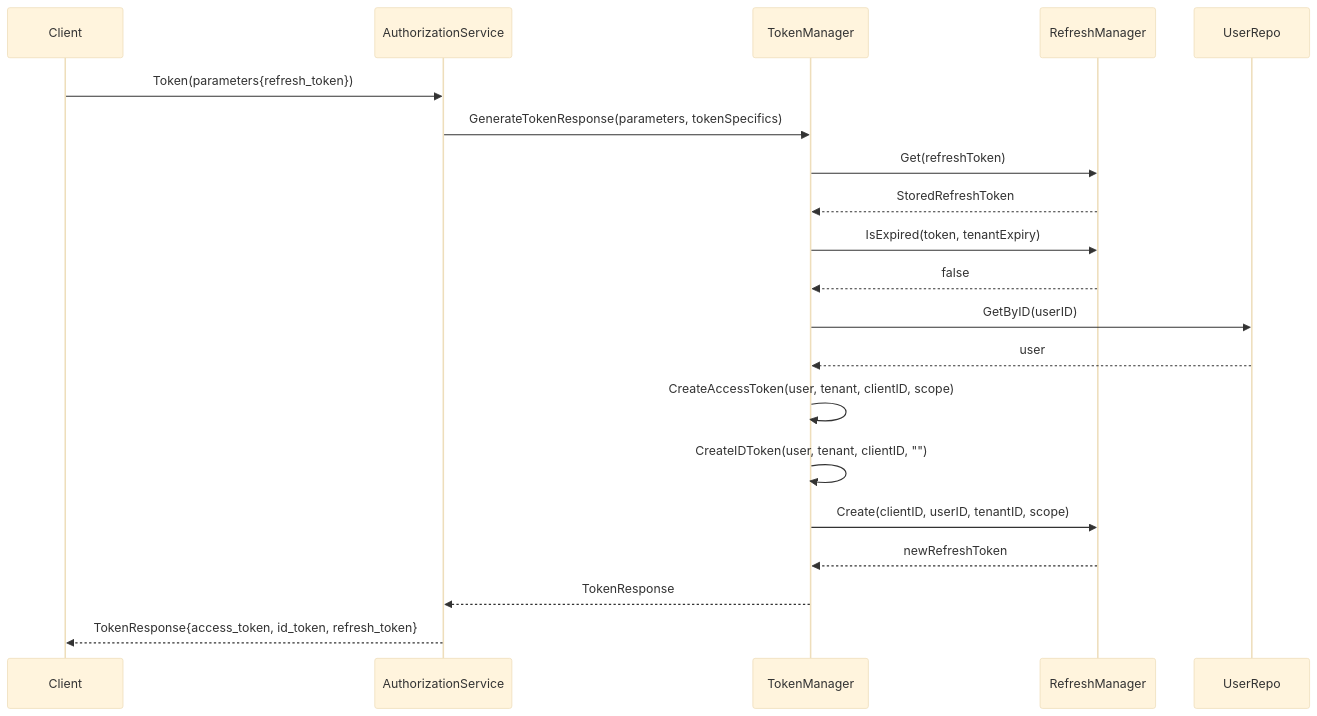
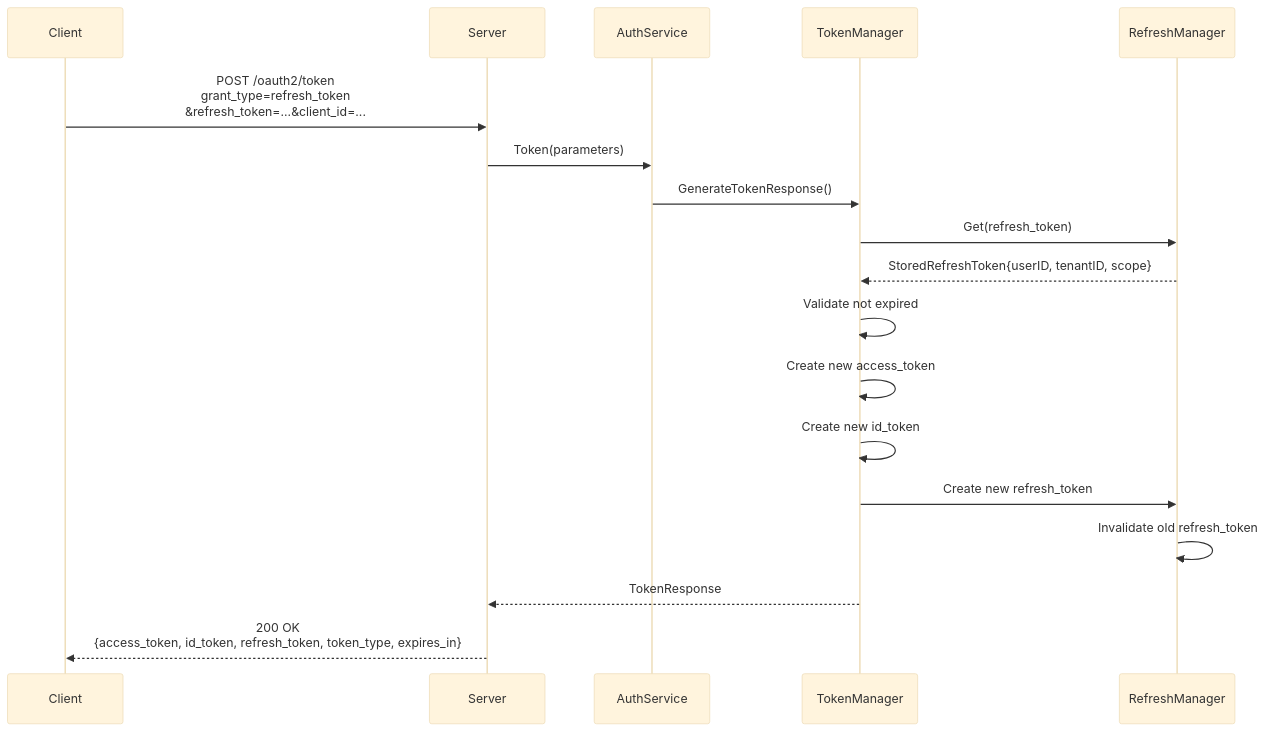
One commit to jrsteele09/go-oauth-service changed the third of 5 diagrams in README.md. Above: the diagram before and after it, drawn with Mermaid (base theme). The commit also changed other lines of this file and 17 other files, not shown here.

````diff
--- a/README.md
+++ b/README.md
@@ -122,23 +113,21 @@
 ```mermaid
 sequenceDiagram
     participant Client
-    participant AuthService as AuthorizationService
-    participant TokenMgr as TokenManager
-    participant RefreshMgr as RefreshManager
-    participant UserRepo
-
-    Client->>AuthService: Token(parameters{refresh_token})
-    AuthService->>TokenMgr: GenerateTokenResponse(parameters, tokenSpecifics)
-    TokenMgr->>RefreshMgr: Get(refreshToken)
-    RefreshMgr-->>TokenMgr: StoredRefreshToken
-    TokenMgr->>RefreshMgr: IsExpired(token, tenantExpiry)
-    RefreshMgr-->>TokenMgr: false
-    TokenMgr->>UserRepo: GetByID(userID)
-    UserRepo-->>TokenMgr: user
-    TokenMgr->>TokenMgr: CreateAccessToken(user, tenant, clientID, scope)
-    TokenMgr->>TokenMgr: CreateIDToken(user, tenant, clientID, "")
-    TokenMgr->>RefreshMgr: Create(clientID, userID, tenantID, scope)
-    RefreshMgr-->>TokenMgr: newRefreshToken
-    TokenMgr-->>AuthService: TokenResponse
-    AuthService-->>Client: TokenResponse{access_token, id_token, refresh_token}
+    participant Server
+    participant AuthService
+    participant TokenManager
+    participant RefreshManager
+    
+    Client->>Server: POST /oauth2/token<br/>grant_type=refresh_token<br/>&refresh_token=...&client_id=...
+    Server->>AuthService: Token(parameters)
+    AuthService->>TokenManager: GenerateTokenResponse()
+    TokenManager->>RefreshManager: Get(refresh_token)
+    RefreshManager-->>TokenManager: StoredRefreshToken{userID, tenantID, scope}
+    TokenManager->>TokenManager: Validate not expired
+    TokenManager->>TokenManager: Create new access_token
+    TokenManager->>TokenManager: Create new id_token
+    TokenManager->>RefreshManager: Create new refresh_token
+    RefreshManager->>RefreshManager: Invalidate old refresh_token
+    TokenManager-->>Server: TokenResponse
+    Server-->>Client: 200 OK<br/>{access_token, id_token, refresh_token, token_type, expires_in}
 ```
````
